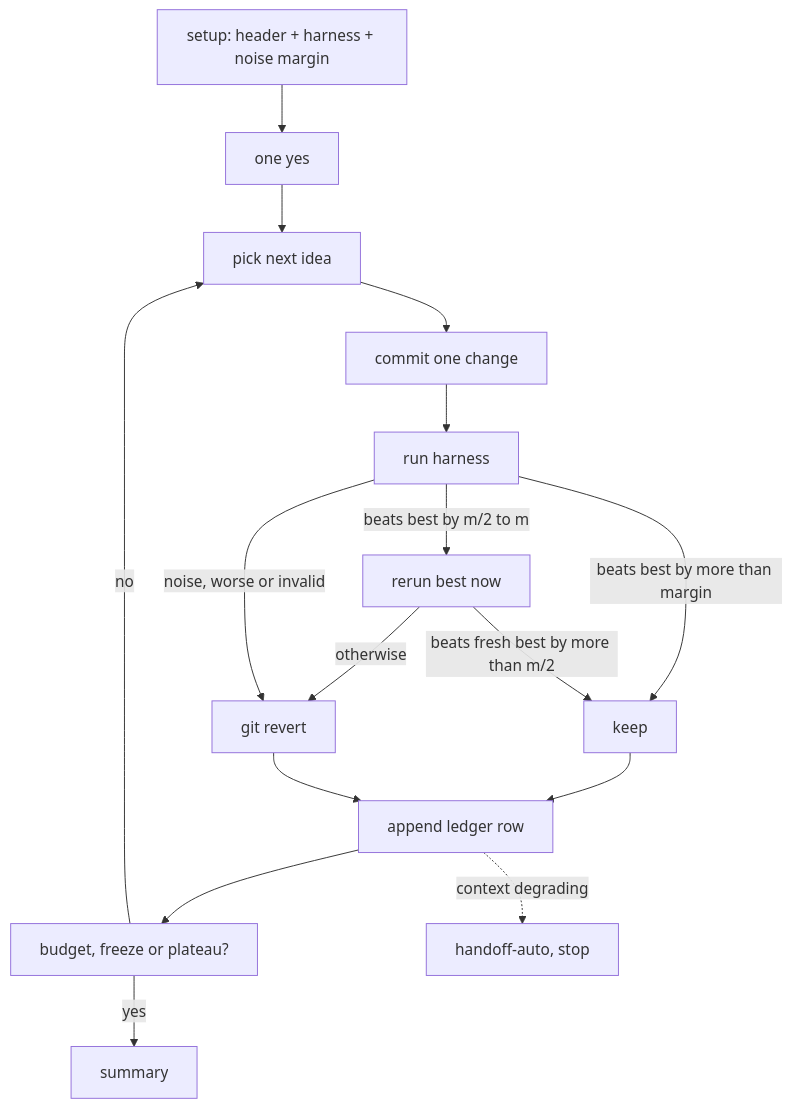
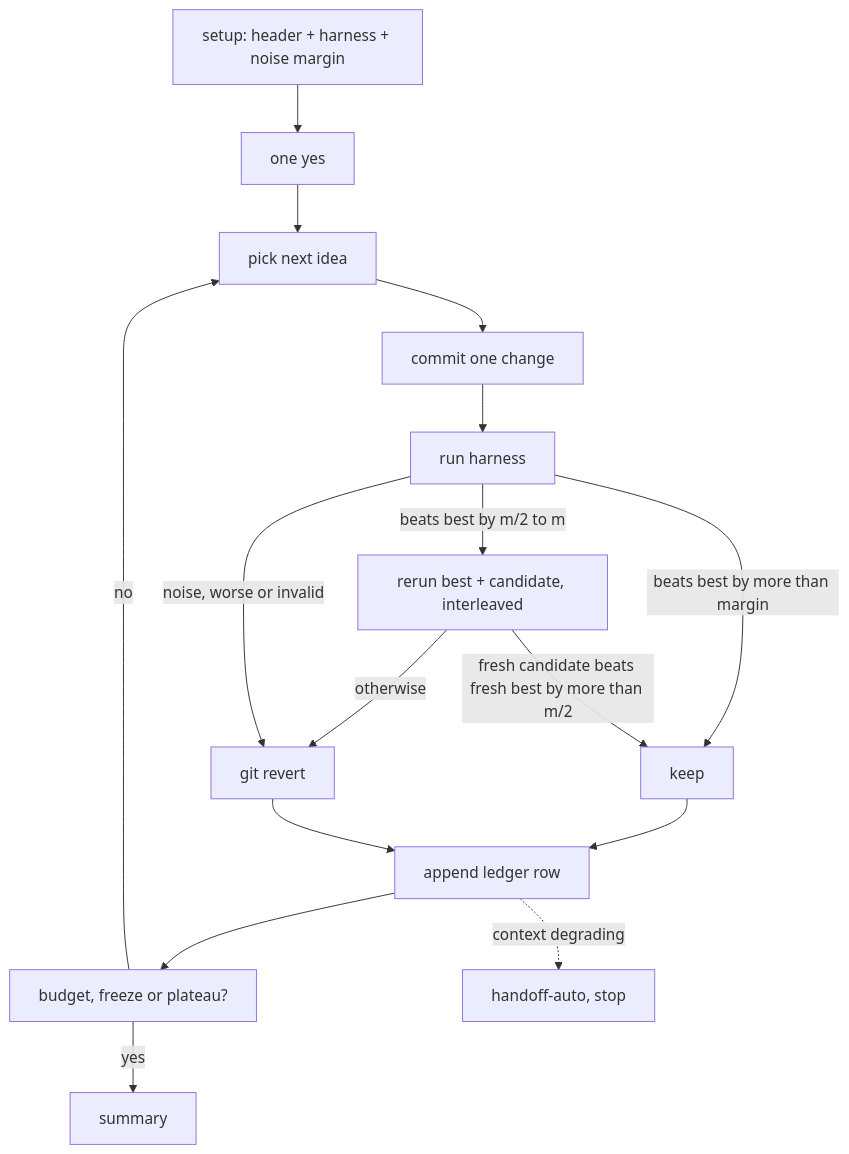
The diagram in score-loop/README.md (KrishP147/skills), drawn with Mermaid before and after one commit. The commit also changed other lines of this file and 1 other file, not shown here.

Commit message:
fix(score-loop): borderline reruns best+candidate interleaved; name proxy-metric gaming at setup (#203)

````diff
--- a/score-loop/README.md
+++ b/score-loop/README.md
@@ -44,18 +44,18 @@
 ```mermaid
 flowchart TD
   A[setup: header + harness + noise margin] --> B[one yes]
   B --> C[pick next idea]
   C --> D[commit one change]
   D --> E[run harness]
   E -->|beats best by more than margin| F[keep]
-  E -->|beats best by m/2 to m| R[rerun best now]
-  R -->|beats fresh best by more than m/2| F
+  E -->|beats best by m/2 to m| R[rerun best + candidate, interleaved]
+  R -->|fresh candidate beats fresh best by more than m/2| F
   R -->|otherwise| G
   E -->|noise, worse or invalid| G[git revert]
   F --> H[append ledger row]
   G --> H
   H --> I[budget, freeze or plateau?]
   I -->|no| C
   I -->|yes| J[summary]
   H -.->|context degrading| K[handoff-auto, stop]
 ```
````
